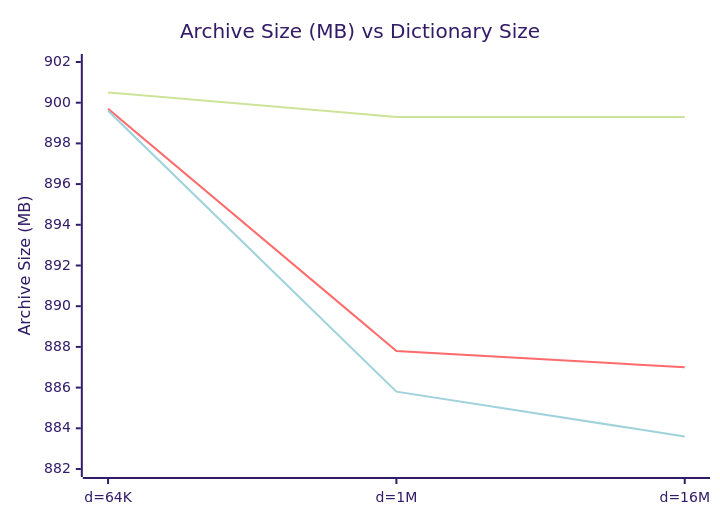
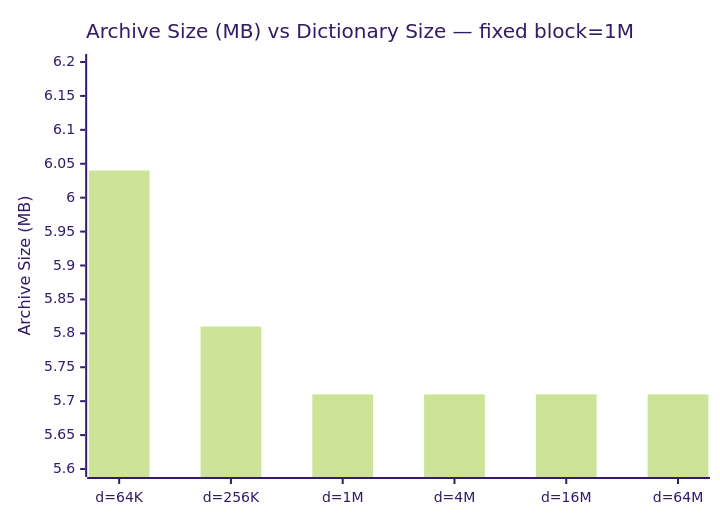
The fourth of 6 diagrams in 7z-benchmark/bench_report.md (alfishe/7z-experiments), drawn with Mermaid (forest theme) before and after one commit. The commit also changed other lines of this file, not shown here.

Commit message:
docs: replace dict graphs with apples-to-apples comparison (fixed block=1M, 6 dict sizes)

````diff
--- a/7z-benchmark/bench_report.md
+++ b/7z-benchmark/bench_report.md
@@ -123,9 +121,7 @@
 ```mermaid
 xychart-beta
-    title "Archive Size (MB) vs Dictionary Size"
-    x-axis ["d=64K", "d=1M", "d=16M"]
-    y-axis "Archive Size (MB)" 882 --> 902
-    line [900.5, 899.3, 899.3]
-    line [899.7, 887.8, 887.0]
-    line [899.6, 885.8, 883.6]
+    title "Archive Size (MB) vs Dictionary Size — fixed block=1M"
+    x-axis ["d=64K", "d=256K", "d=1M", "d=4M", "d=16M", "d=64M"]
+    y-axis "Archive Size (MB)" 5.6 --> 6.2
+    bar [6.04, 5.81, 5.71, 5.71, 5.71, 5.71]
 ```
````
